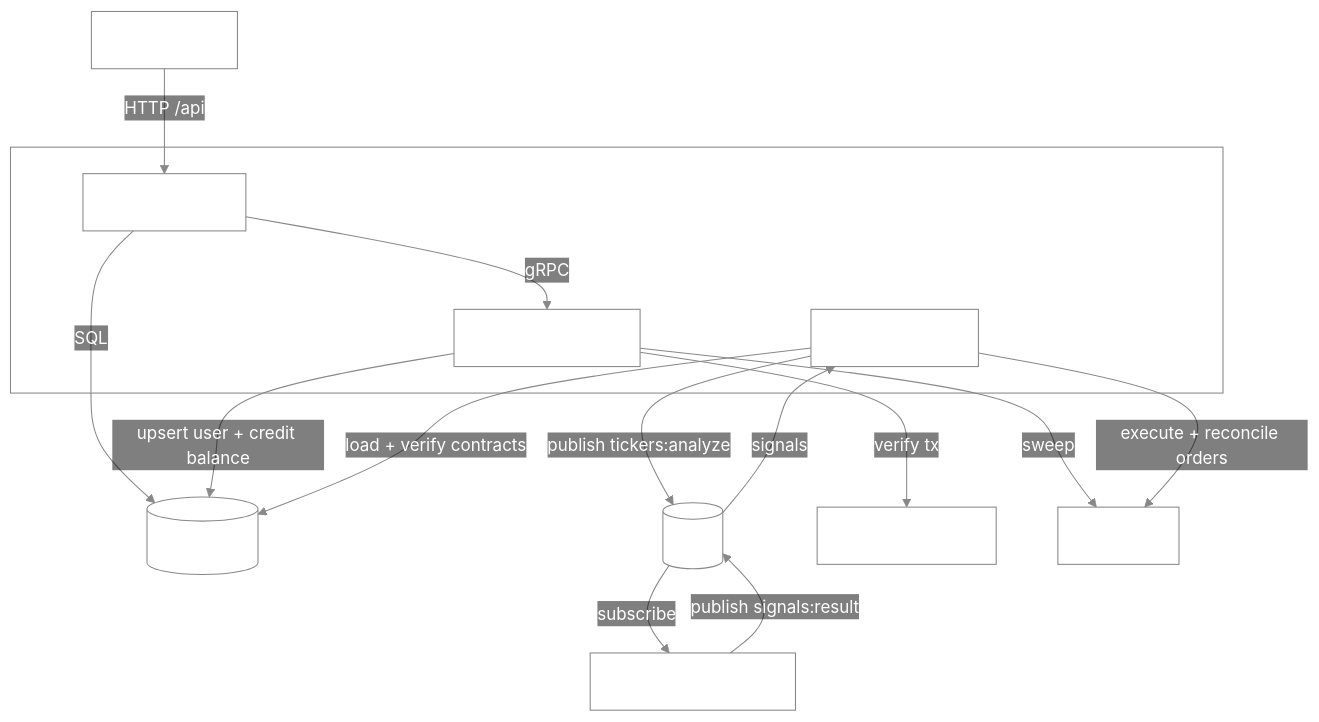
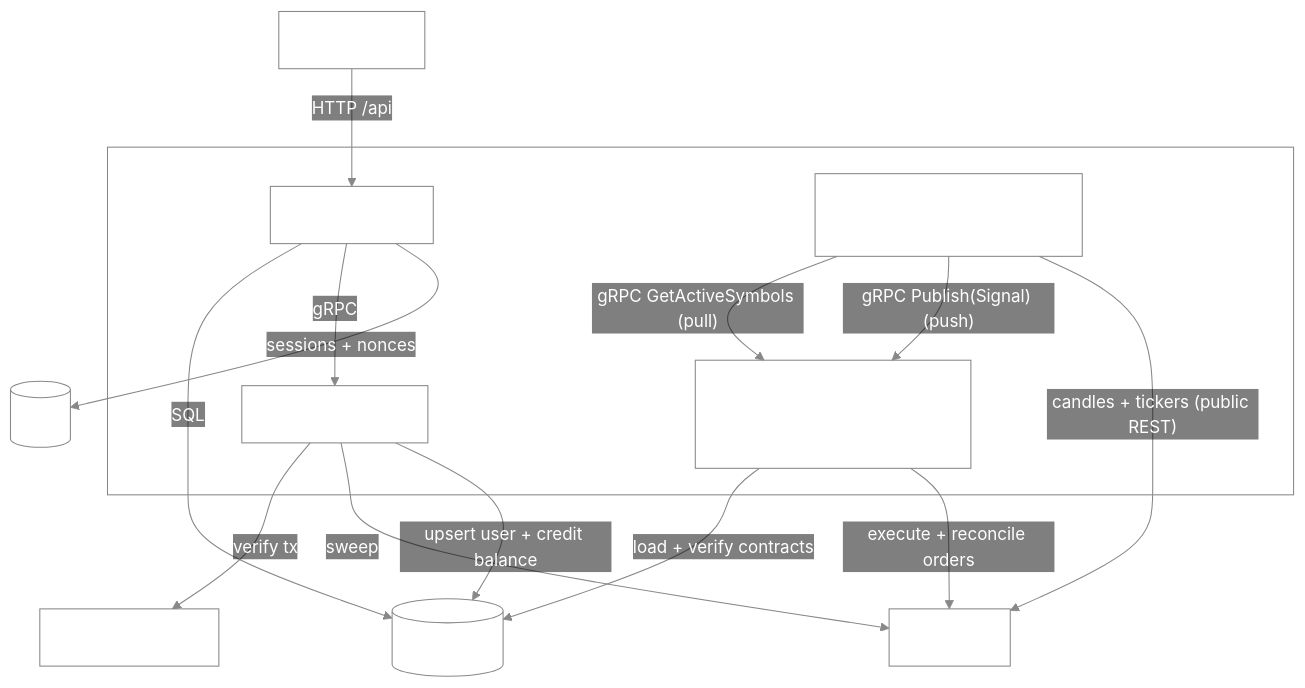
The diagram in README.md (N-Choo/CoinBot.v3), drawn with Mermaid before and after one commit. The commit also changed other lines of this file and 85 other files, not shown here.

First line of the commit message:
FEAT:  supply-and-demand engine replaces the Python analyzer  (#13)

````diff
--- a/README.md
+++ b/README.md
@@ -29,35 +29,37 @@
 ```mermaid
 %%{init: {"theme":"base","themeVariables":{"clusterBkg":"transparent","clusterBorder":"#888","lineColor":"#888","primaryTextColor":"#fff","tertiaryTextColor":"#fff","edgeLabelBackground":"transparent"}}}%%
 flowchart TB
     classDef plain fill:transparent,stroke:#888,color:#fff;
 
     UI["React SPA"]
 
     subgraph rust["Rust services"]
         GW["api_gateway"]
         DW["deposit-worker"]
-        TE["trade-engine"]
+        TE["trade-engine<br/>(gRPC server: EngineService)"]
+        SA["strategy-analyzer<br/>(supply and demand, 4H)"]
     end
 
-    AN["analyzer (Python)"]
     DB[("PostgreSQL")]
     RD[("Redis")]
     ETH["Ethereum RPC"]
     KC["KuCoin"]
 
     UI -->|"HTTP /api"| GW
     GW -->|"SQL"| DB
     GW -->|"gRPC"| DW
     DW -->|"verify tx"| ETH
     DW -->|"sweep"| KC
     DW -->|"upsert user + credit balance"| DB
 
-    TE -->|"publish tickers:analyze"| RD
-    RD -->|"subscribe"| AN
-    AN -->|"publish signals:result"| RD
-    RD -->|"signals"| TE
+    SA -->|"gRPC GetActiveSymbols (pull)"| TE
+    SA -->|"gRPC Publish(Signal) (push)"| TE
+    SA -->|"candles + tickers (public REST)"| KC
+
+    GW -->|"sessions + nonces"| RD
+
     TE -->|"load + verify contracts"| DB
     TE -->|"execute + reconcile orders"| KC
 
-    class UI,GW,DW,TE,AN,DB,RD,ETH,KC plain;
+    class UI,GW,DW,TE,SA,DB,RD,ETH,KC plain;
 ```
````
